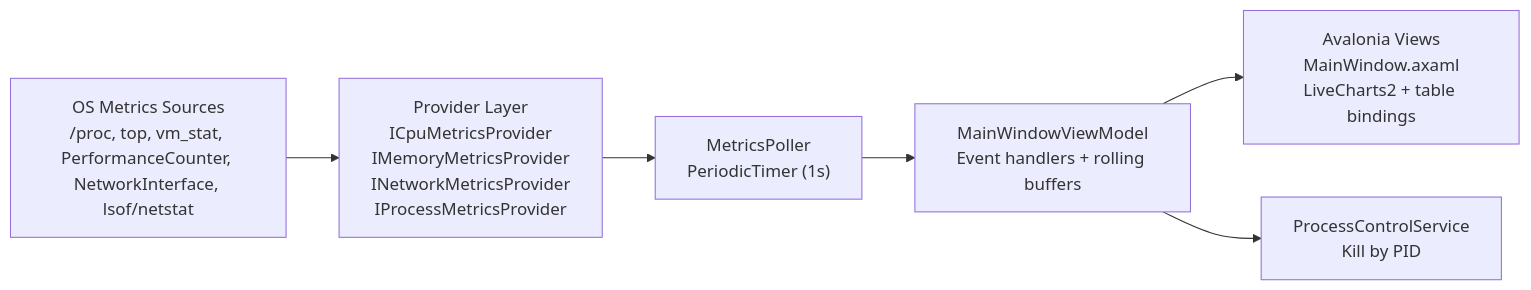
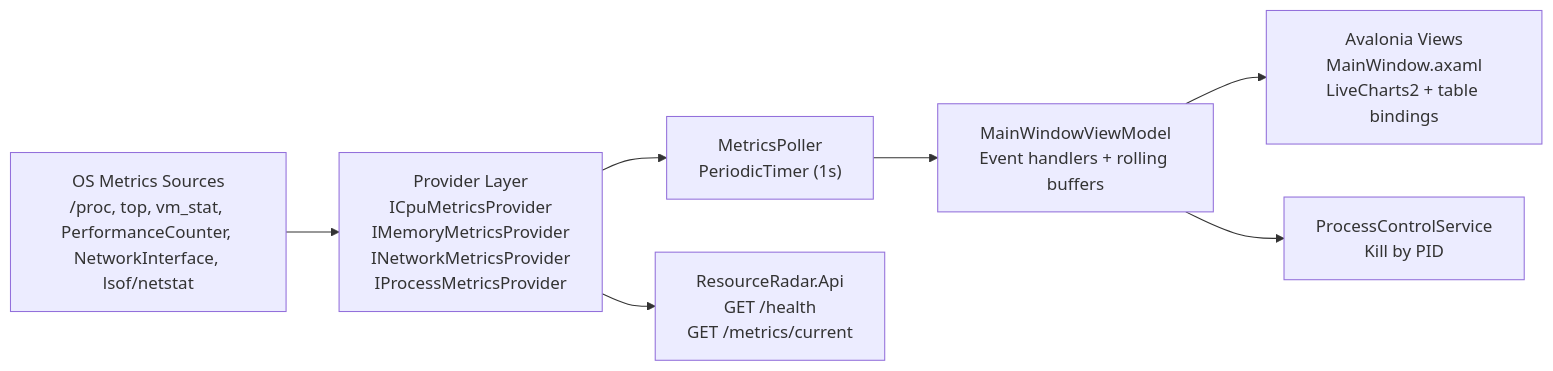
One commit to TShaikh4/ResourceRadar changed the diagram in architecture.md. Above: the diagram before and after it, drawn with Mermaid. The commit also changed other lines of this file and 9 other files, not shown here.

First line of the commit message:
feat: add ResourceRadar.Api project with health and metrics endpoints

````diff
--- a/architecture.md
+++ b/architecture.md
@@ -14,8 +15,9 @@
 ```mermaid
 flowchart LR
   A["OS Metrics Sources\n/proc, top, vm_stat, PerformanceCounter, NetworkInterface, lsof/netstat"] --> B["Provider Layer\nICpuMetricsProvider\nIMemoryMetricsProvider\nINetworkMetricsProvider\nIProcessMetricsProvider"]
   B --> C["MetricsPoller\nPeriodicTimer (1s)"]
   C --> D["MainWindowViewModel\nEvent handlers + rolling buffers"]
   D --> E["Avalonia Views\nMainWindow.axaml\nLiveCharts2 + table bindings"]
   D --> F["ProcessControlService\nKill by PID"]
+  B --> G["ResourceRadar.Api\nGET /health\nGET /metrics/current"]
 ```
````
